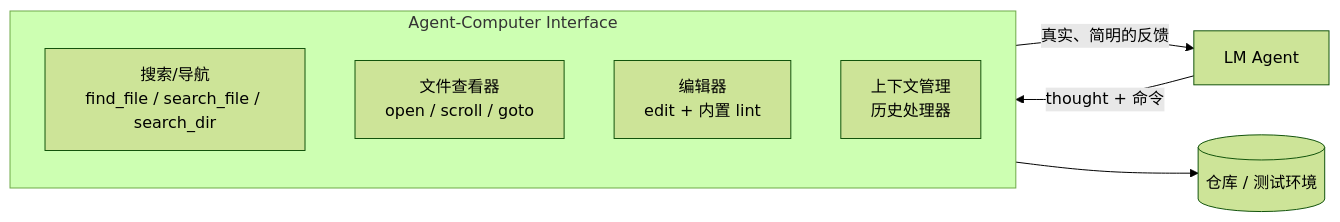
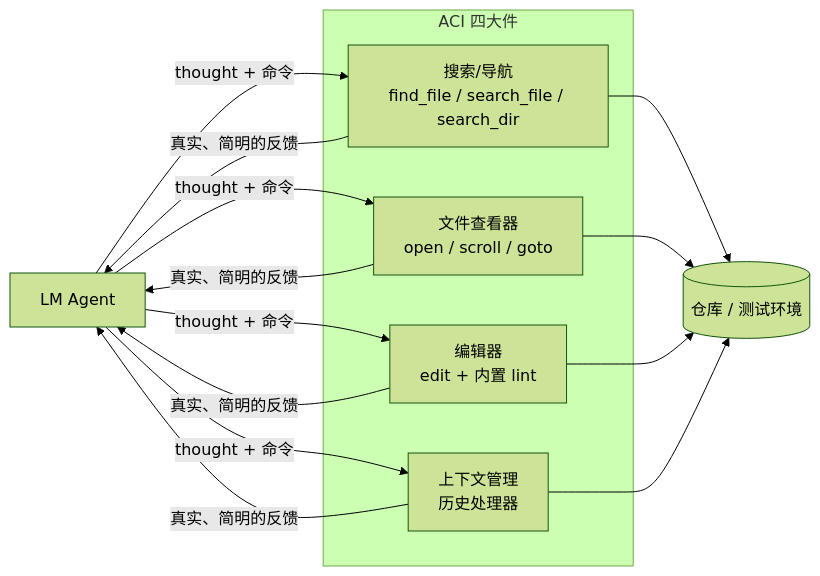
Before and after one commit to ChiangyangNPU/agent-learning: the diagram in papers/notes/notes-SWE-agent-ACI.md, drawn with Mermaid (forest theme).

Commit message:
fix: 修复 SWE-agent 笔记中 ACI 图的 Mermaid 语法冲突

````diff
--- a/papers/notes/notes-SWE-agent-ACI.md
+++ b/papers/notes/notes-SWE-agent-ACI.md
@@ -21,12 +21,12 @@
 ```mermaid
 flowchart LR
-    A[LM Agent] -->|thought + 命令| ACI["ACI 四大件"]
-    subgraph ACI["Agent-Computer Interface"]
-        S[搜索/导航<br/>find_file / search_file / search_dir]
-        V[文件查看器<br/>open / scroll / goto]
-        E[编辑器<br/>edit + 内置 lint]
-        C[上下文管理<br/>历史处理器]
+    A["LM Agent"] -->|"thought + 命令"| S & V & E & C
+    S & V & E & C -->|"真实、简明的反馈"| A
+    S & V & E & C --> Computer[("仓库 / 测试环境")]
+    subgraph ACI["ACI 四大件"]
+        S["搜索/导航<br/>find_file / search_file / search_dir"]
+        V["文件查看器<br/>open / scroll / goto"]
+        E["编辑器<br/>edit + 内置 lint"]
+        C["上下文管理<br/>历史处理器"]
     end
-    ACI -->|真实、简明的反馈| A
-    ACI --> Computer[(仓库 / 测试环境)]
 ```
````
